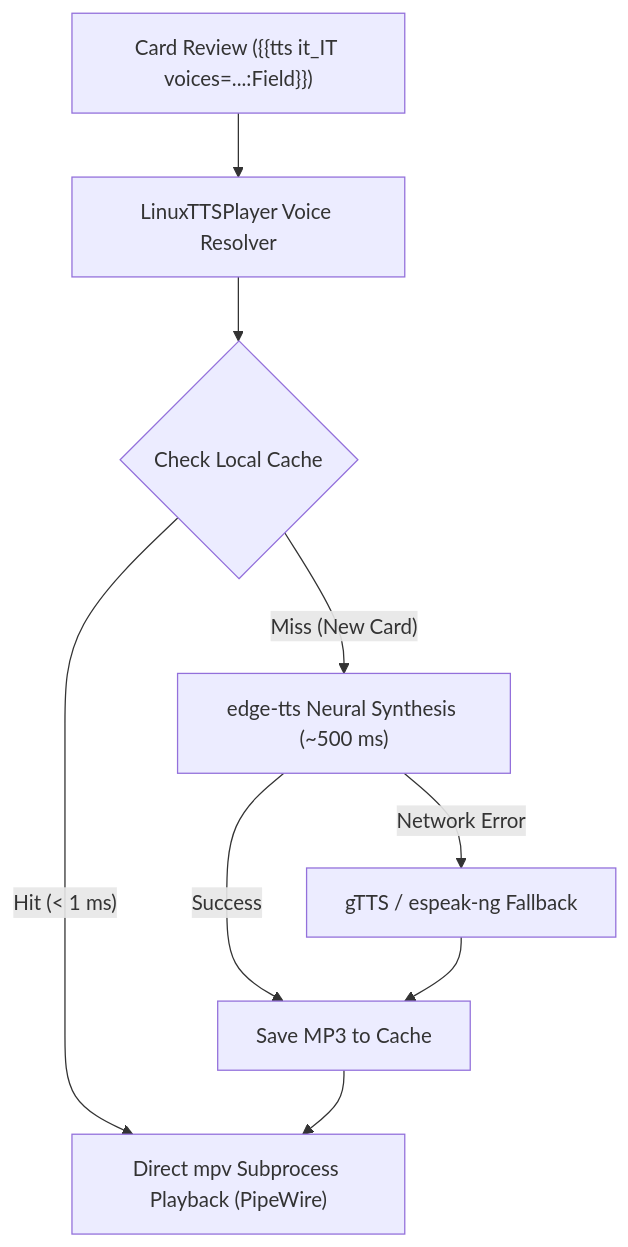
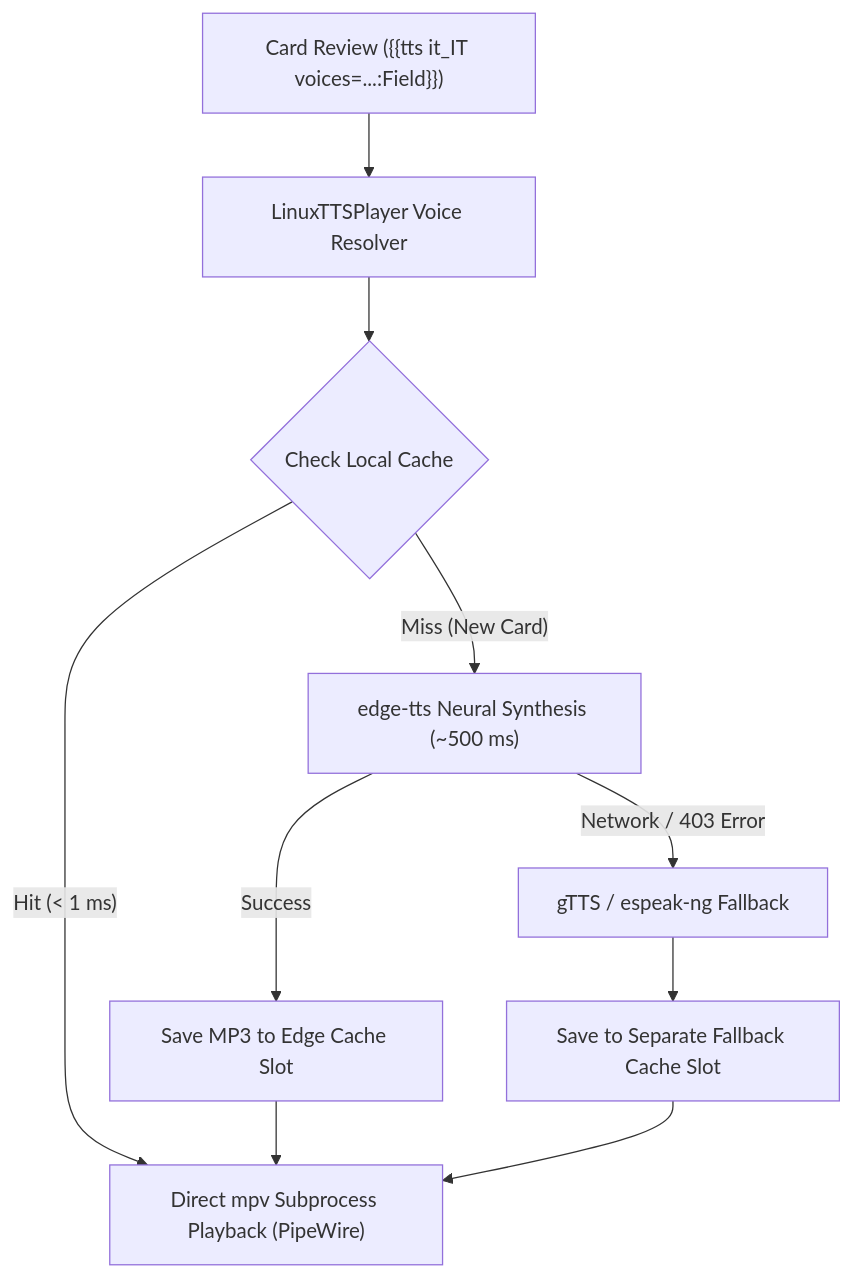
The diagram in README.md (argrig666/anki-linux-tts-player), drawn with Mermaid before and after one commit. The commit also changed other lines of this file and 21 other files, not shown here.

First line of the commit message:
fix(tts): vendor edge-tts 7.3.1 and isolate fallback cache keys

````diff
--- a/README.md
+++ b/README.md
@@ -117,11 +117,12 @@
 ```mermaid
 flowchart TD
     A["Card Review ({{tts it_IT voices=...:Field}})"] --> B["LinuxTTSPlayer Voice Resolver"]
     B --> C{"Check Local Cache"}
     C -- "Hit (< 1 ms)" --> F["Direct mpv Subprocess Playback (PipeWire)"]
     C -- "Miss (New Card)" --> D["edge-tts Neural Synthesis (~500 ms)"]
-    D -- "Success" --> E["Save MP3 to Cache"]
-    D -- "Network Error" --> G["gTTS / espeak-ng Fallback"]
-    G --> E
+    D -- "Success" --> E["Save MP3 to Edge Cache Slot"]
+    D -- "Network / 403 Error" --> G["gTTS / espeak-ng Fallback"]
+    G --> H["Save to Separate Fallback Cache Slot"]
     E --> F
+    H --> F
 ```
````
